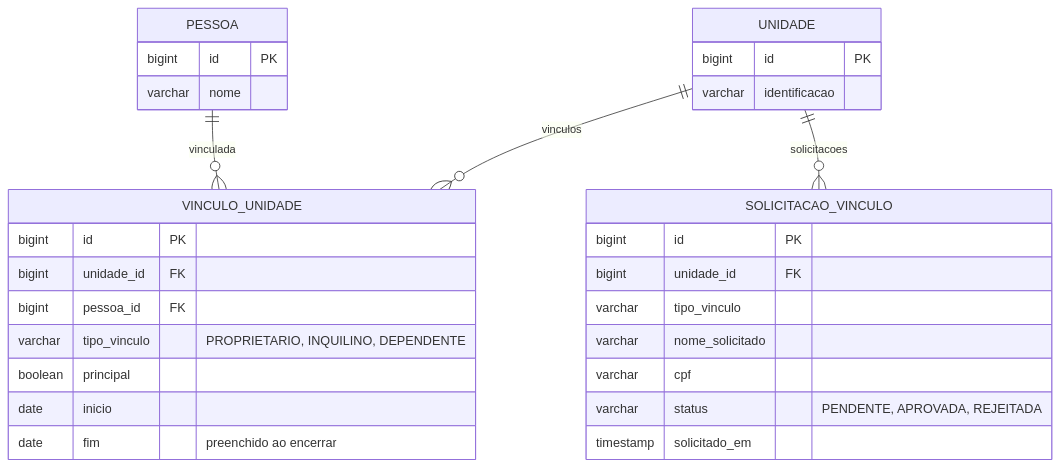
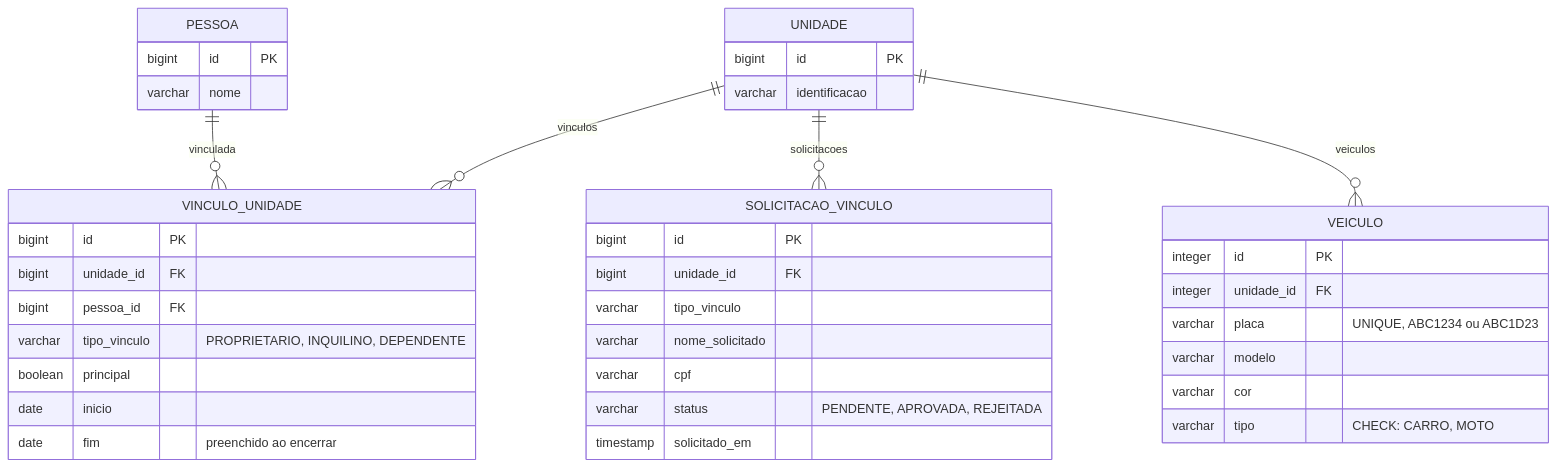
Diagram 11 of 39 in docs/documentacao.md (AnaBeluzzo/morah-backend), drawn with Mermaid before and after one commit. The commit also changed other lines of this file and 16 other files, not shown here.

First line of the commit message:
feat(veiculos): cadastro de veículos da unidade com database first

````diff
--- a/docs/documentacao.md
+++ b/docs/documentacao.md
@@ -475,32 +475,41 @@
 ```mermaid
 erDiagram
     UNIDADE {
         bigint id PK
         varchar identificacao
     }
     PESSOA {
         bigint id PK
         varchar nome
     }
     VINCULO_UNIDADE {
         bigint id PK
         bigint unidade_id FK
         bigint pessoa_id FK
         varchar tipo_vinculo "PROPRIETARIO, INQUILINO, DEPENDENTE"
         boolean principal
         date inicio
         date fim "preenchido ao encerrar"
     }
     SOLICITACAO_VINCULO {
         bigint id PK
         bigint unidade_id FK
         varchar tipo_vinculo
         varchar nome_solicitado
         varchar cpf
         varchar status "PENDENTE, APROVADA, REJEITADA"
         timestamp solicitado_em
     }
     UNIDADE ||--o{ VINCULO_UNIDADE : vinculos
     PESSOA ||--o{ VINCULO_UNIDADE : vinculada
+    VEICULO {
+        integer id PK
+        integer unidade_id FK
+        varchar placa "UNIQUE, ABC1234 ou ABC1D23"
+        varchar modelo
+        varchar cor
+        varchar tipo "CHECK: CARRO, MOTO"
+    }
     UNIDADE ||--o{ SOLICITACAO_VINCULO : solicitacoes
+    UNIDADE ||--o{ VEICULO : veiculos
 ```
````
